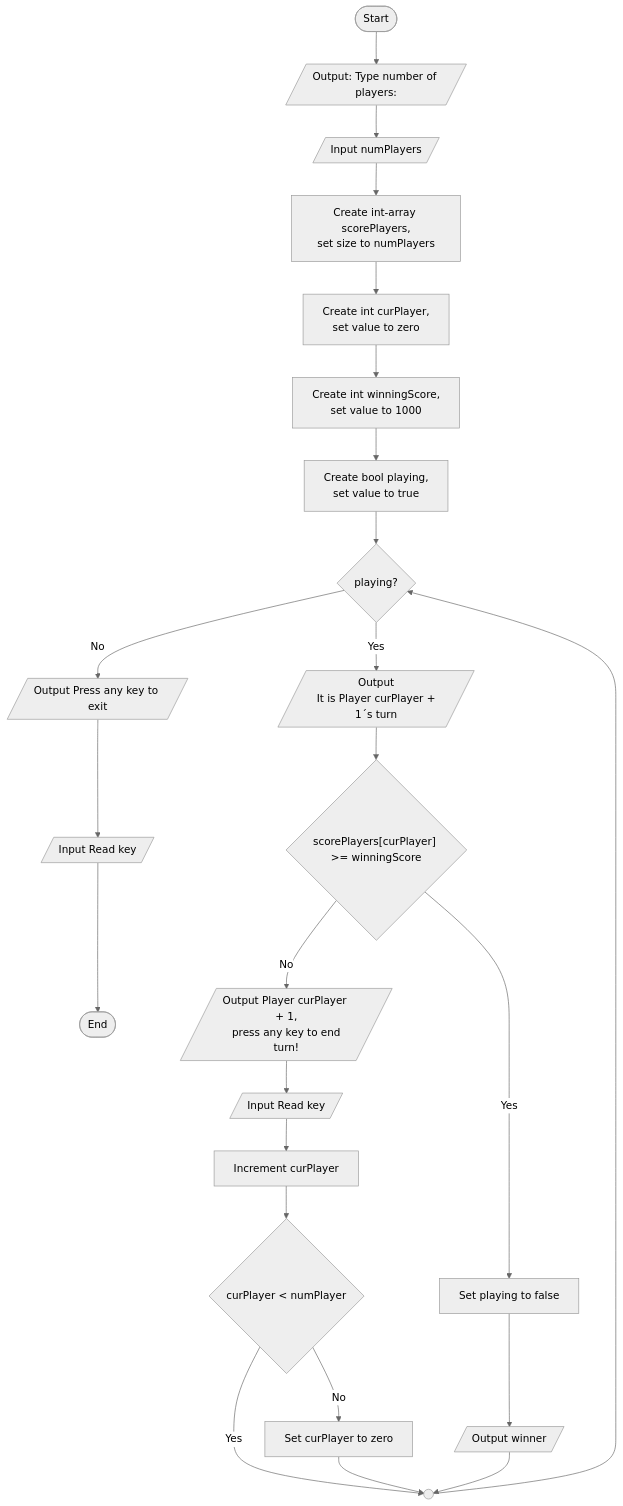
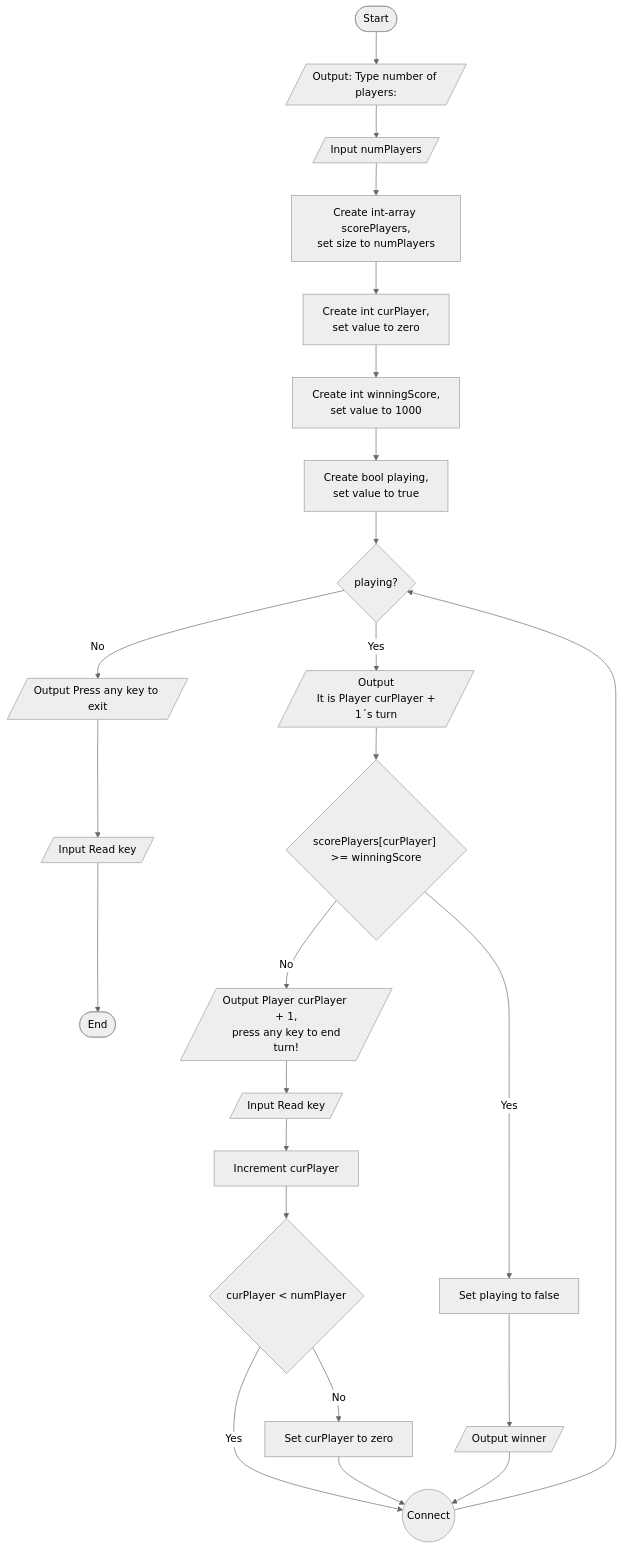
The diagram in docs/DiceGame/Gide1-Players.md (LbsLund/Assignments), drawn with Mermaid (neutral theme) before and after one commit.

````diff
--- a/docs/DiceGame/Gide1-Players.md
+++ b/docs/DiceGame/Gide1-Players.md
@@ -14,27 +14,27 @@
 ```mermaid
 graph TD
 
 Start([Start])-->OutNumPlayer[/Output: Type number of players:/]
 OutNumPlayer-->InNumPlayers[/Input numPlayers/]
 InNumPlayers-->CreatePlayers[Create int-array scorePlayers,<br/>set size to numPlayers]
 CreatePlayers-->CreateCurrentPlayer[Create int curPlayer,<br/>set value to zero]
 CreateCurrentPlayer-->CreateWinniongScore[Create int winningScore,<br/>set value to 1000]
 CreateWinniongScore-->CreatePlaying[Create bool playing,<br/>set value to true]
 CreatePlaying-->GameLoop{playing?}
 GameLoop-- No -->GameOver[/Output Press any key to exit/]
 GameOver-->EndGame[/Input Read key/]
 EndGame-->End([End])
 GameLoop-- Yes -->OutputPlayer[/Output<br/> It is Player curPlayer + 1´s turn/]
 OutputPlayer-->DecideWinner{"scorePlayers[curPlayer] >= winningScore"}
 DecideWinner-- No -->TurnOver[/"Output Player curPlayer + 1,<br/> press any key to end turn!"/]
 TurnOver-->InKey2[/Input Read key/]
 InKey2-->IncrementPlayer[Increment curPlayer]
 IncrementPlayer-->ChangePlayer{curPlayer < numPlayer}
-ChangePlayer-- Yes -->GameLoopConector(( ))
+ChangePlayer-- Yes -->GameLoopConector((Connect))
 ChangePlayer-- No -->ResetPlayer[Set curPlayer to zero]
 DecideWinner-- Yes -->PlayingFalse[Set playing to false]
 PlayingFalse-->Winner[/Output winner/]
 ResetPlayer-->GameLoopConector
 GameLoopConector-->GameLoop
 Winner-->GameLoopConector
 ```
````
